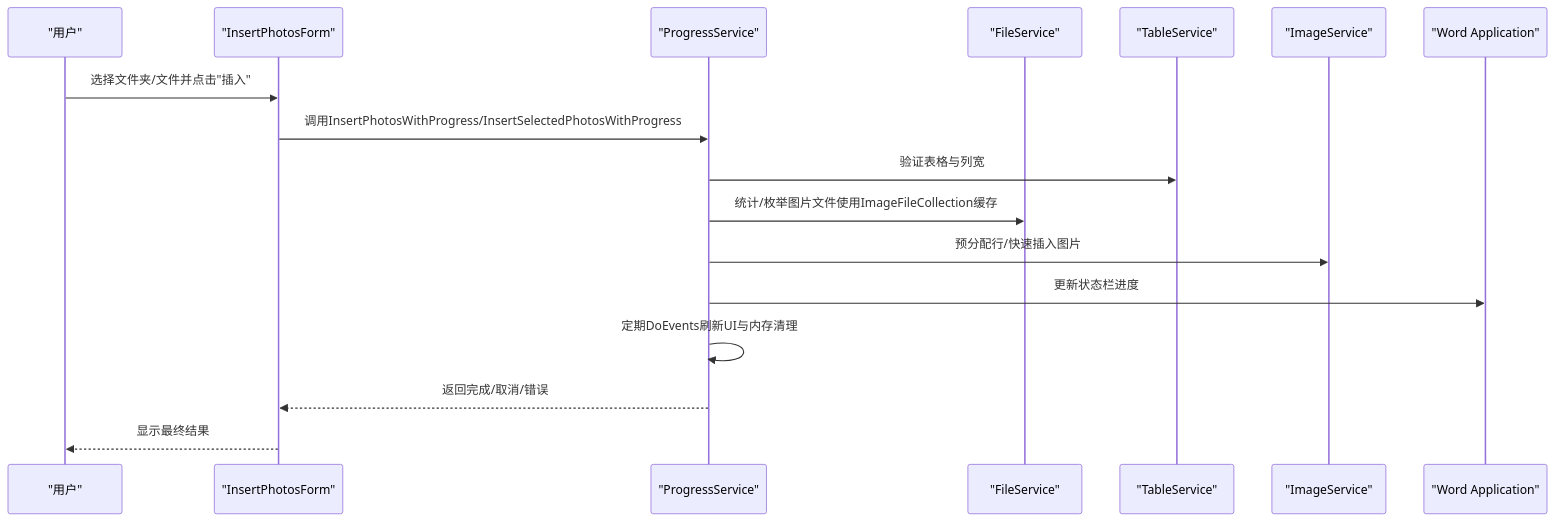
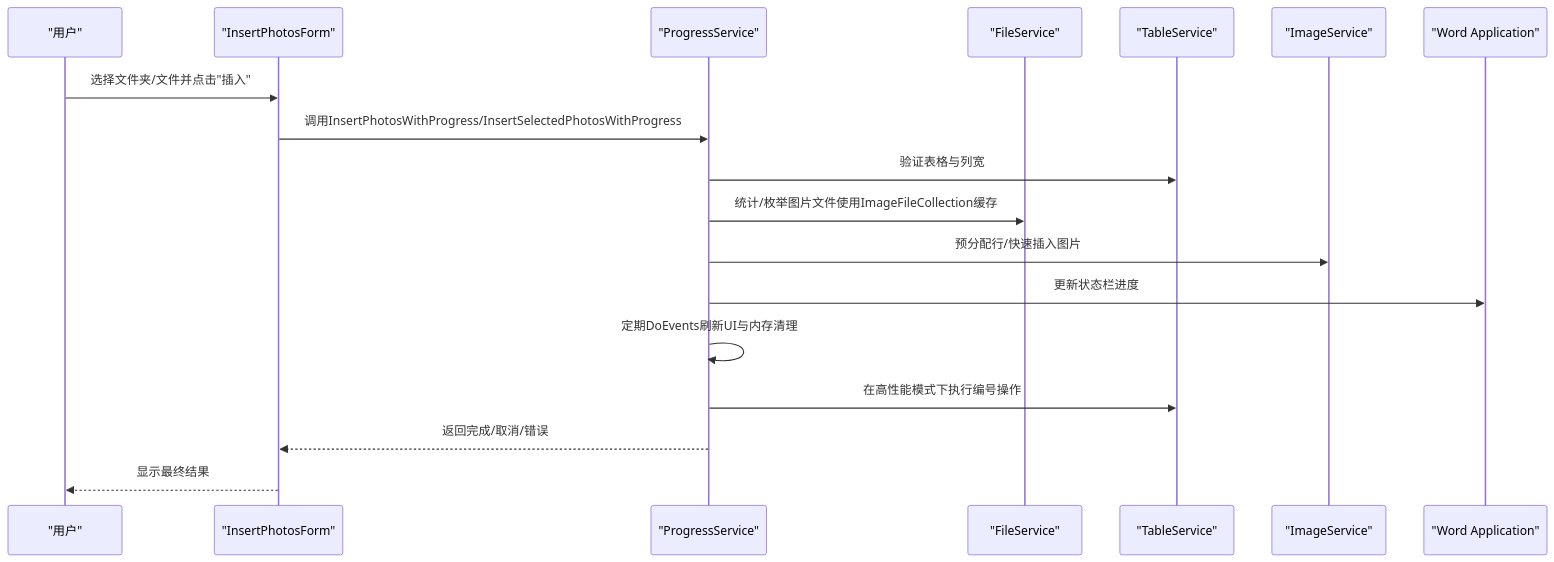
The second of 6 diagrams in .qoder/repowiki/zh/content/服务层/进度服务.md (rainiva/WordTools), drawn with Mermaid before and after one commit. The commit also changed other lines of this file and 4 other files, not shown here.

````diff
--- a/.qoder/repowiki/zh/content/服务层/进度服务.md
+++ b/.qoder/repowiki/zh/content/服务层/进度服务.md
@@ -97,19 +97,20 @@
 ```mermaid
 sequenceDiagram
 participant U as "用户"
 participant F as "InsertPhotosForm"
 participant PS as "ProgressService"
 participant FS as "FileService"
 participant TS as "TableService"
 participant IS as "ImageService"
 participant APP as "Word Application"
 U->>F : 选择文件夹/文件并点击"插入"
 F->>PS : 调用InsertPhotosWithProgress/InsertSelectedPhotosWithProgress
 PS->>TS : 验证表格与列宽
 PS->>FS : 统计/枚举图片文件使用ImageFileCollection缓存
 PS->>IS : 预分配行/快速插入图片
 PS->>APP : 更新状态栏进度
 PS->>PS : 定期DoEvents刷新UI与内存清理
+PS->>TS : 在高性能模式下执行编号操作
 PS-->>F : 返回完成/取消/错误
 F-->>U : 显示最终结果
 ```
````
